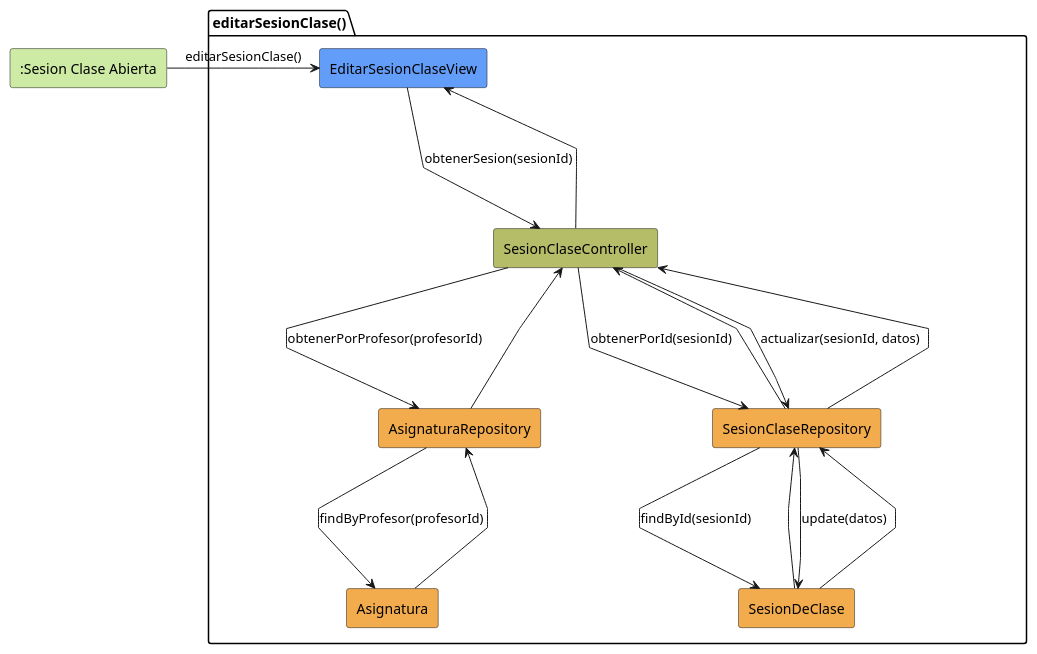
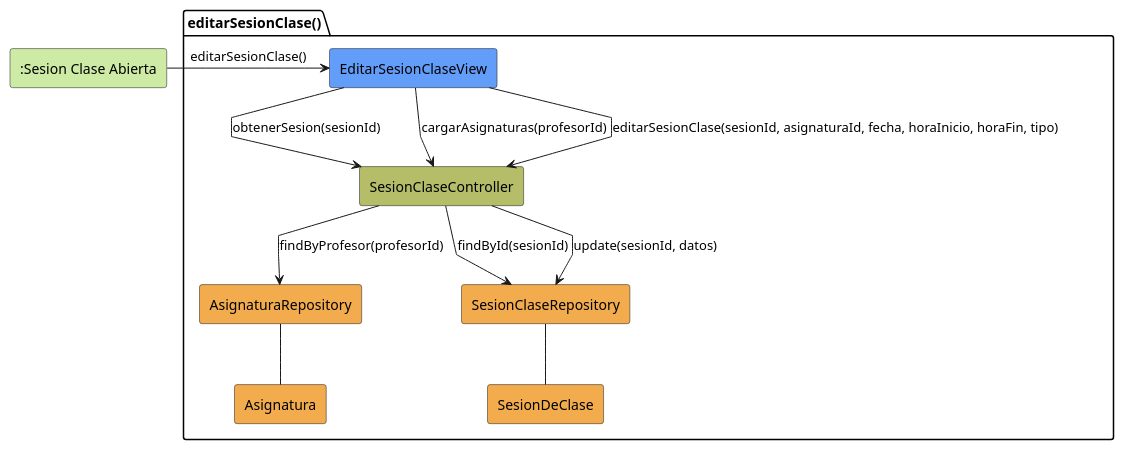
The diagram in modelosUML/analisis/editarSesionClase/colaboracion.puml (jerdier/25-26-idsw2-sdVC), drawn with PlantUML before and after one commit. The commit also changed 83 other files, not shown here.

```diff
--- a/modelosUML/analisis/editarSesionClase/colaboracion.puml
+++ b/modelosUML/analisis/editarSesionClase/colaboracion.puml
@@ -1,30 +1,24 @@
 @startuml editarSesionClase-analisis
 skinparam linetype polyline
 
 rectangle #CDEBA5 ":Sesion Clase Abierta" as SesionClaseAbierta
 
 package editarSesionClase as "editarSesionClase()" {
     rectangle #629EF9 EditarSesionClaseView
     rectangle #b5bd68 SesionClaseController
     rectangle #F2AC4E AsignaturaRepository
     rectangle #F2AC4E SesionClaseRepository
     rectangle #F2AC4E Asignatura
     rectangle #F2AC4E SesionDeClase
 }
 
 SesionClaseAbierta -r-> EditarSesionClaseView: editarSesionClase()
 EditarSesionClaseView -d-> SesionClaseController: obtenerSesion(sesionId)
-SesionClaseController -d-> SesionClaseRepository: obtenerPorId(sesionId)
-SesionClaseRepository -d-> SesionDeClase: findById(sesionId)
-SesionDeClase --u-> SesionClaseRepository
-SesionClaseRepository --u-> SesionClaseController
-SesionClaseController -d-> AsignaturaRepository: obtenerPorProfesor(profesorId)
-AsignaturaRepository -d-> Asignatura: findByProfesor(profesorId)
-Asignatura --u-> AsignaturaRepository
-AsignaturaRepository --u-> SesionClaseController
-SesionClaseController -d-> SesionClaseRepository: actualizar(sesionId, datos)
-SesionClaseRepository -d-> SesionDeClase: update(datos)
-SesionDeClase --u-> SesionClaseRepository
-SesionClaseRepository --u-> SesionClaseController
-SesionClaseController --u-> EditarSesionClaseView
+SesionClaseController --> SesionClaseRepository: findById(sesionId)
+SesionClaseRepository -- SesionDeClase
+EditarSesionClaseView -d-> SesionClaseController: cargarAsignaturas(profesorId)
+SesionClaseController --> AsignaturaRepository: findByProfesor(profesorId)
+AsignaturaRepository -- Asignatura
+EditarSesionClaseView -d-> SesionClaseController: editarSesionClase(sesionId, asignaturaId, fecha, horaInicio, horaFin, tipo)
+SesionClaseController --> SesionClaseRepository: update(sesionId, datos)
 @enduml
```
